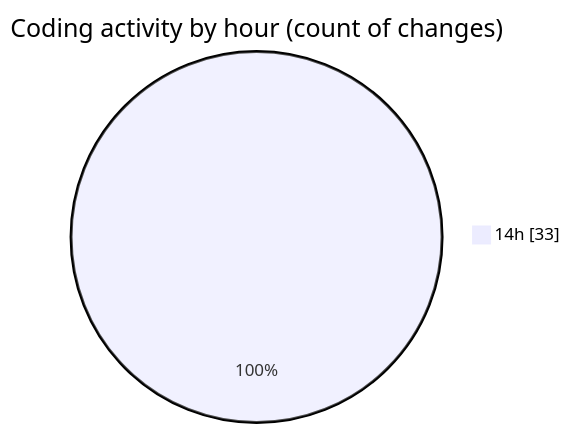
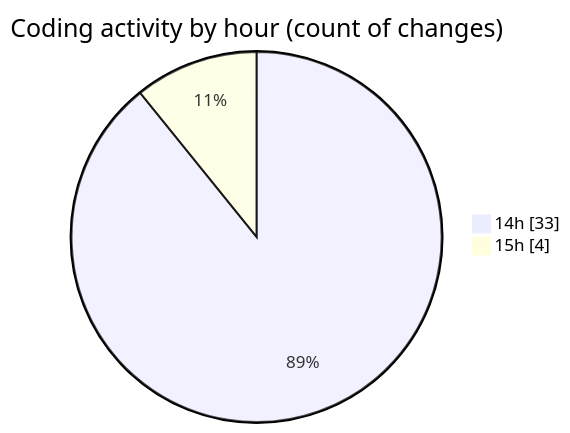
One commit to jadenblack/code-tracking changed the second of 2 diagrams in 2026-03-04/shadcn-admin-kit-main__workspace_/README.md. Above: the diagram before and after it, drawn with Mermaid. The commit also changed other lines of this file and 1 other file, not shown here.

````diff
--- a/2026-03-04/shadcn-admin-kit-main__workspace_/README.md
+++ b/2026-03-04/shadcn-admin-kit-main__workspace_/README.md
@@ -51,5 +51,6 @@
 ```mermaid
 pie showData
 title Coding activity by hour (count of changes)
 "14h" : 33
+"15h" : 4
 ```
````
